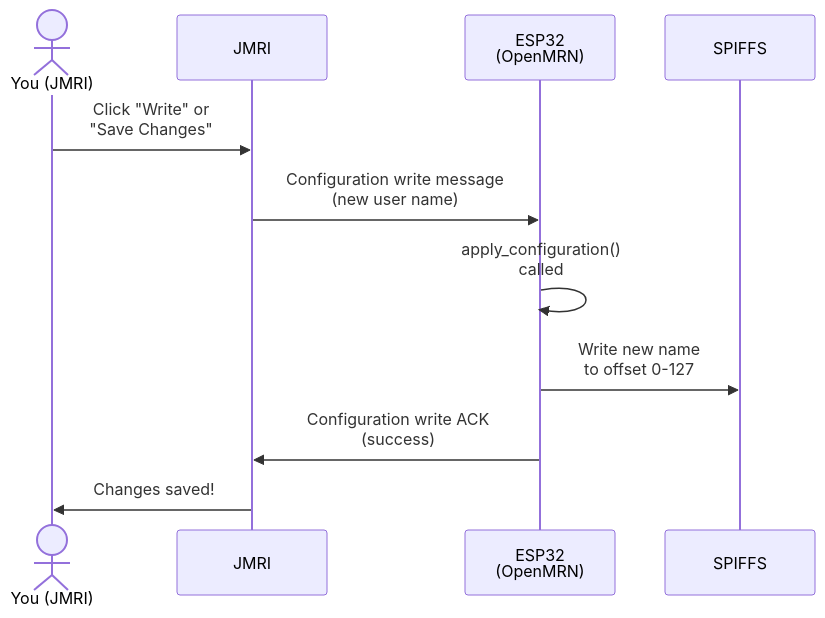
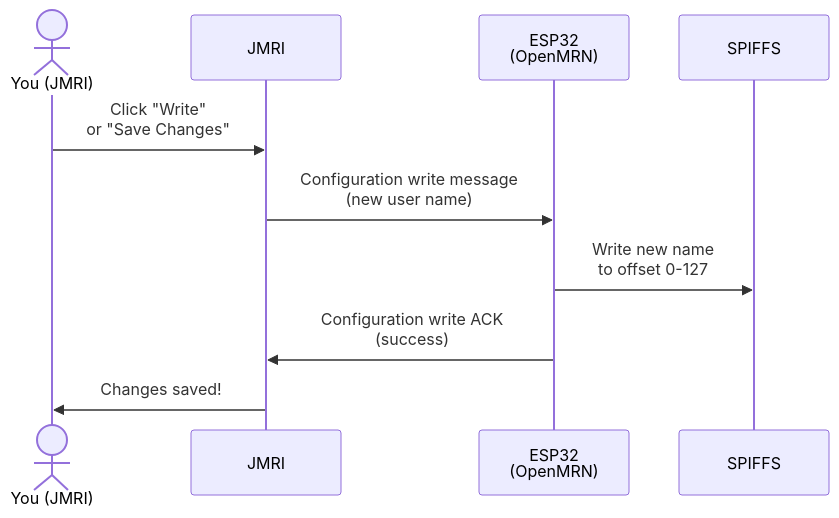
One commit to openlcb/OpenLCB_Technical_Introduction changed the diagram in src/04-configuration/editing-in-jmri.md. Above: the diagram before and after it, drawn with Mermaid. The commit also changed other lines of this file and 16 other files, not shown here.

````diff
--- a/src/04-configuration/editing-in-jmri.md
+++ b/src/04-configuration/editing-in-jmri.md
@@ -57,14 +57,13 @@
 ```mermaid
 sequenceDiagram
     actor User as You (JMRI)
     participant JMRI
     participant ESP32 as ESP32<br/>(OpenMRN)
     participant SPIFFS
     
-    User->>JMRI: Click "Write" or<br/>"Save Changes"
+    User->>JMRI: Click "Write"<br/>or "Save Changes"
     JMRI->>ESP32: Configuration write message<br/>(new user name)
-    ESP32->>ESP32: apply_configuration()<br/>called
     ESP32->>SPIFFS: Write new name<br/>to offset 0-127
     ESP32->>JMRI: Configuration write ACK<br/>(success)
     JMRI->>User: Changes saved!
 ```
````
